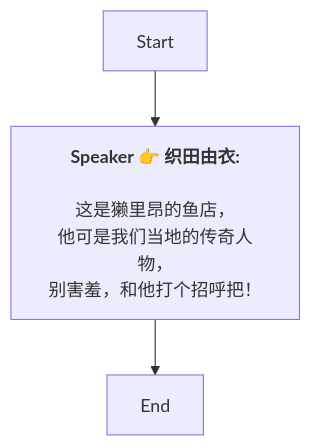
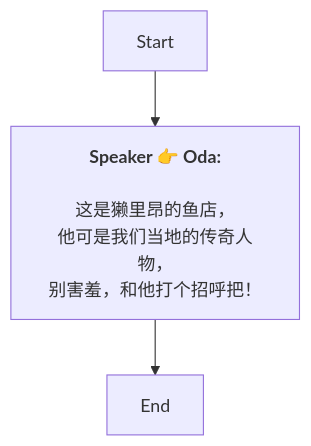
The diagram in Zh/QuestStartTalkENode_1741757843185991.md (SoftHu/tos_avg), drawn with Mermaid before and after one commit. The commit also changed 737 other files, not shown here.

````diff
--- a/Zh/QuestStartTalkENode_1741757843185991.md
+++ b/Zh/QuestStartTalkENode_1741757843185991.md
@@ -1,10 +1,9 @@
 ```mermaid
 graph
-Start -->1741757865484618[<b>Speaker 👉 织田由衣:</b>
-
-这是獭里昂的鱼店，
+Start -->1741757865484618[<b>Speaker 👉 Oda:</b>
+\n这是獭里昂的鱼店，
 他可是我们当地的传奇人物，
 别害羞，和他打个招呼把！]
 1741757865484618 -->1741757936613707[End]
 
- ```
+```
````
